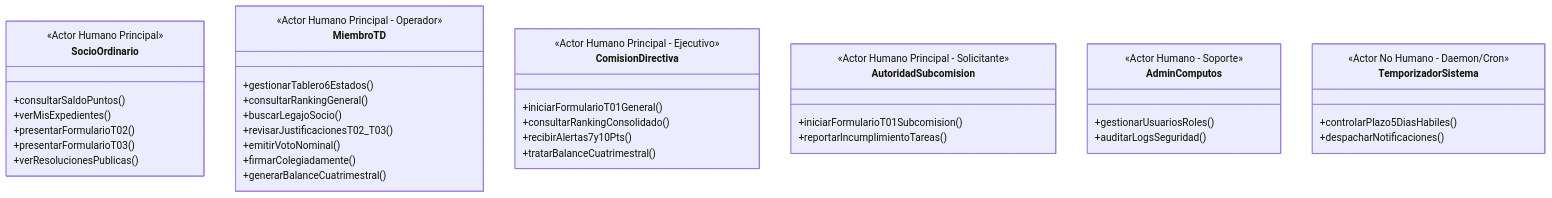
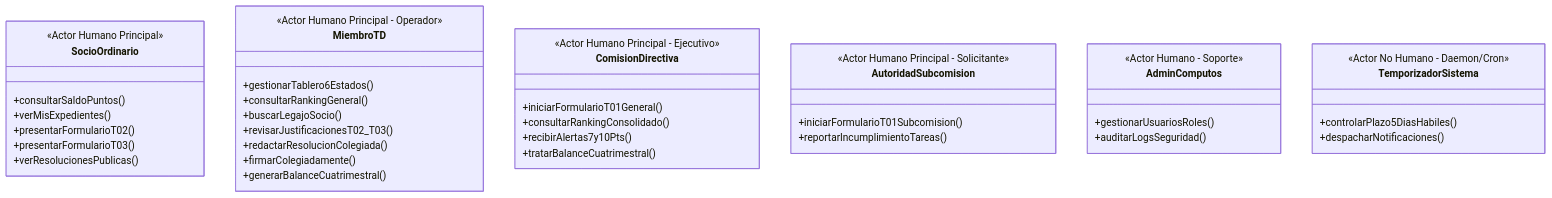
Before and after one commit to MartinG94/seminario-integrador: the second of 4 diagrams in docs/gestion-proyecto/PLAN_DE_PROYECTO_SGD_AVEIT.md, drawn with Mermaid. The commit also changed other lines of this file and 2 other files, not shown here.

````diff
--- a/docs/gestion-proyecto/PLAN_DE_PROYECTO_SGD_AVEIT.md
+++ b/docs/gestion-proyecto/PLAN_DE_PROYECTO_SGD_AVEIT.md
@@ -193,44 +193,44 @@
 ```mermaid
 classDiagram
     direction TB
     class SocioOrdinario {
         <<Actor Humano Principal>>
         +consultarSaldoPuntos()
         +verMisExpedientes()
         +presentarFormularioT02()
         +presentarFormularioT03()
         +verResolucionesPublicas()
     }
     class MiembroTD {
         <<Actor Humano Principal - Operador>>
         +gestionarTablero6Estados()
         +consultarRankingGeneral()
         +buscarLegajoSocio()
         +revisarJustificacionesT02_T03()
-        +emitirVotoNominal()
+        +redactarResolucionColegiada()
         +firmarColegiadamente()
         +generarBalanceCuatrimestral()
     }
     class ComisionDirectiva {
         <<Actor Humano Principal - Ejecutivo>>
         +iniciarFormularioT01General()
         +consultarRankingConsolidado()
         +recibirAlertas7y10Pts()
         +tratarBalanceCuatrimestral()
     }
     class AutoridadSubcomision {
         <<Actor Humano Principal - Solicitante>>
         +iniciarFormularioT01Subcomision()
         +reportarIncumplimientoTareas()
     }
     class AdminComputos {
         <<Actor Humano - Soporte>>
         +gestionarUsuariosRoles()
         +auditarLogsSeguridad()
     }
     class TemporizadorSistema {
         <<Actor No Humano - Daemon/Cron>>
         +controlarPlazo5DiasHabiles()
         +despacharNotificaciones()
     }
 ```
````
